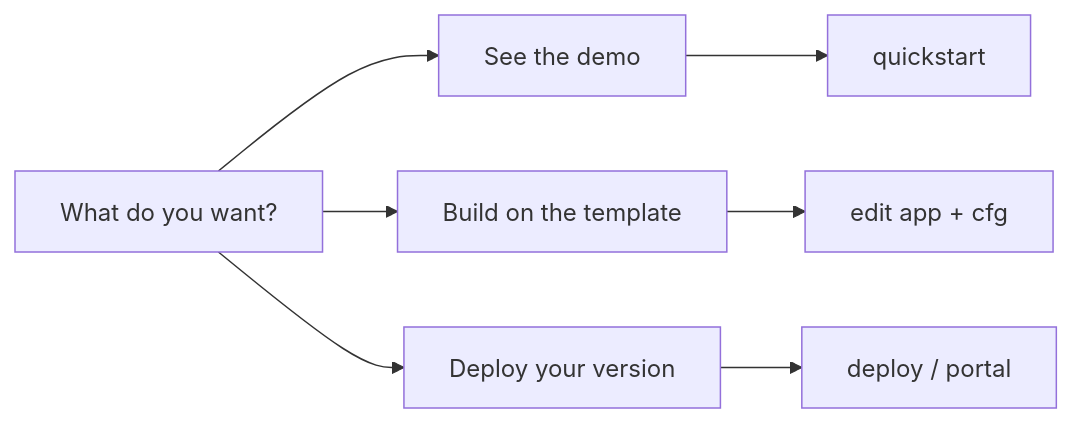
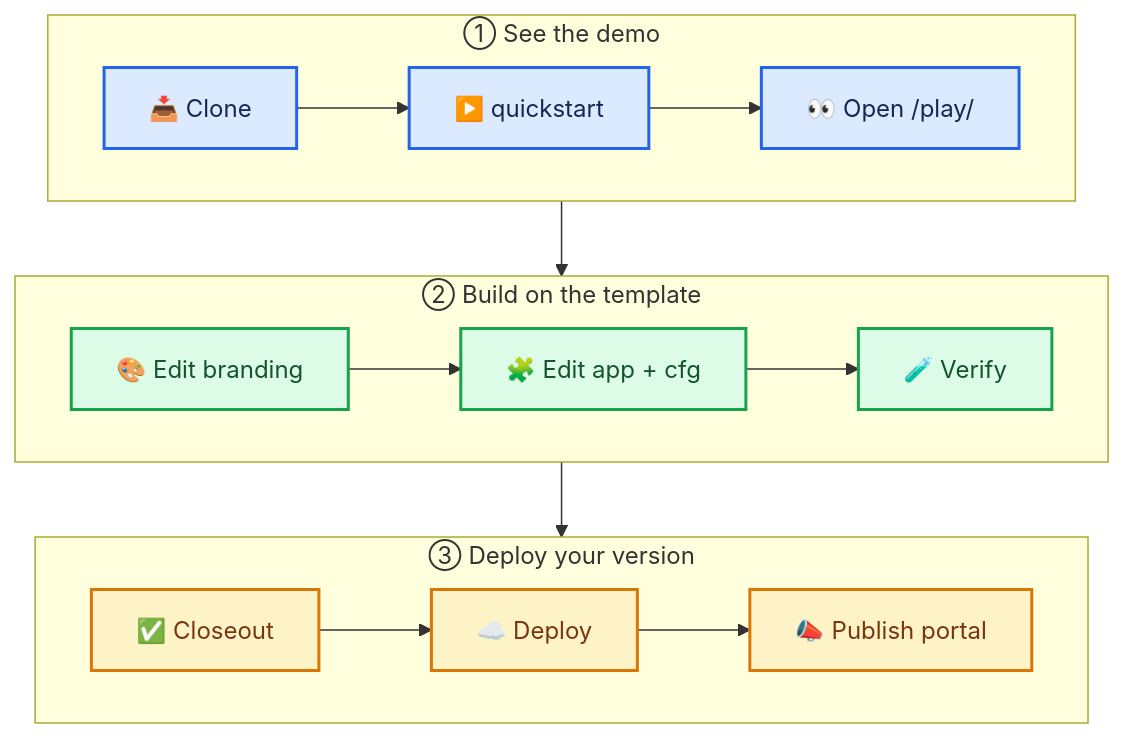
The diagram in README.md (Mr-PI-Bala/merit-demo), drawn with Mermaid before and after one commit. The commit also changed 4 other files, not shown here.

Commit message:
docs: add sequential demo learning flow

````diff
--- a/README.md
+++ b/README.md
@@ -9,9 +9,20 @@
 ```mermaid
-flowchart LR
-    A[What do you want?] --> B[See the demo]
-    A --> C[Build on the template]
-    A --> D[Deploy your version]
-    B --> B1[quickstart]
-    C --> C1[edit app + cfg]
-    D --> D1[deploy / portal]
+flowchart TB
+    classDef one fill:#dbeafe,color:#172554,stroke:#2563eb,stroke-width:2px
+    classDef two fill:#dcfce7,color:#14532d,stroke:#16a34a,stroke-width:2px
+    classDef three fill:#fef3c7,color:#78350f,stroke:#d97706,stroke-width:2px
+    subgraph R1[① See the demo]
+      direction LR
+      A1[📥 Clone]:::one --> A2[▶️ quickstart]:::one --> A3[👀 Open /play/]:::one
+    end
+    subgraph R2[② Build on the template]
+      direction LR
+      B1[🎨 Edit branding]:::two --> B2[🧩 Edit app + cfg]:::two --> B3[🧪 Verify]:::two
+    end
+    subgraph R3[③ Deploy your version]
+      direction LR
+      C1[✅ Closeout]:::three --> C2[☁️ Deploy]:::three --> C3[📣 Publish portal]:::three
+    end
+    A3 --> B1
+    B3 --> C1
 ```
````
